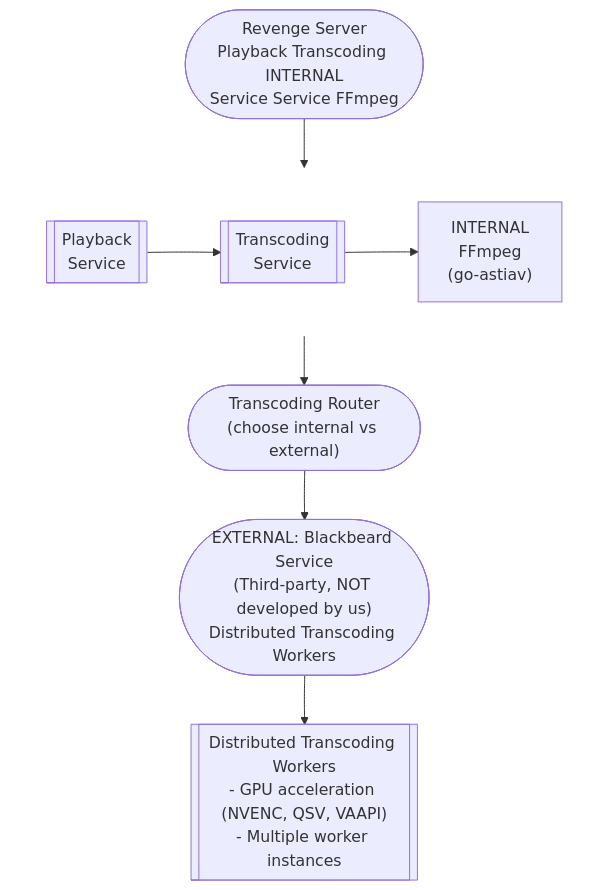
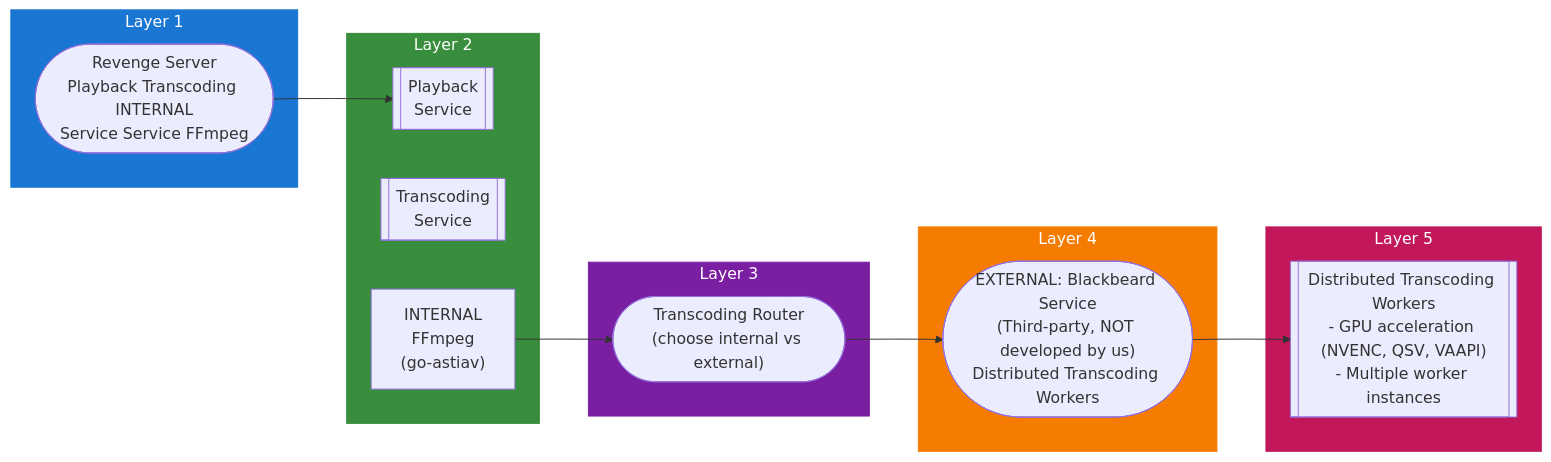
The diagram in docs/dev/design/integrations/transcoding/BLACKBEARD.md (lusoris/revenge), drawn with Mermaid before and after one commit. The commit also changed 215 other files, not shown here.

First line of the commit message:
feat(diagrams): convert all ASCII diagrams to Mermaid with LR subgraphs

````diff
--- a/docs/dev/design/integrations/transcoding/BLACKBEARD.md
+++ b/docs/dev/design/integrations/transcoding/BLACKBEARD.md
@@ -57,22 +57,37 @@
 ```mermaid
-flowchart TD
-    node1(["Revenge Server<br/>Playback Transcoding INTERNAL<br/>Service Service FFmpeg"])
-    subgraph row1[ ]
-        direction LR
+flowchart LR
+    subgraph Layer1["Layer 1"]
+        node1(["Revenge Server<br/>Playback Transcoding INTERNAL<br/>Service Service FFmpeg"])
+    end
+
+    subgraph Layer2["Layer 2"]
         node2[["Playback<br/>Service"]]
         node3[["Transcoding<br/>Service"]]
         node4["INTERNAL<br/>FFmpeg<br/>(go-astiav)"]
     end
-    node5(["Transcoding Router<br/>(choose internal vs external)"])
-    node6(["EXTERNAL: Blackbeard Service<br/>(Third-party, NOT developed by us)<br/>Distributed Transcoding Workers"])
-    node7[["Distributed Transcoding Workers<br/>- GPU acceleration (NVENC, QSV, VAAPI)<br/>- Multiple worker instances"]]
-    node2 --> node3
-    node3 --> node4
+
+    subgraph Layer3["Layer 3"]
+        node5(["Transcoding Router<br/>(choose internal vs external)"])
+    end
+
+    subgraph Layer4["Layer 4"]
+        node6(["EXTERNAL: Blackbeard Service<br/>(Third-party, NOT developed by us)<br/>Distributed Transcoding Workers"])
+    end
+
+    subgraph Layer5["Layer 5"]
+        node7[["Distributed Transcoding Workers<br/>- GPU acceleration (NVENC, QSV, VAAPI)<br/>- Multiple worker instances"]]
+    end
+
+    %% Connections
     node1 --> node2
     node4 --> node5
     node5 --> node6
     node6 --> node7
 
-    %% Hide row subgraph borders
-    style row1 fill:transparent,stroke:transparent
+    %% Styling
+    style Layer1 fill:#1976D2,stroke:#1976D2,color:#fff
+    style Layer2 fill:#388E3C,stroke:#388E3C,color:#fff
+    style Layer3 fill:#7B1FA2,stroke:#7B1FA2,color:#fff
+    style Layer4 fill:#F57C00,stroke:#F57C00,color:#fff
+    style Layer5 fill:#C2185B,stroke:#C2185B,color:#fff
 ```
````
